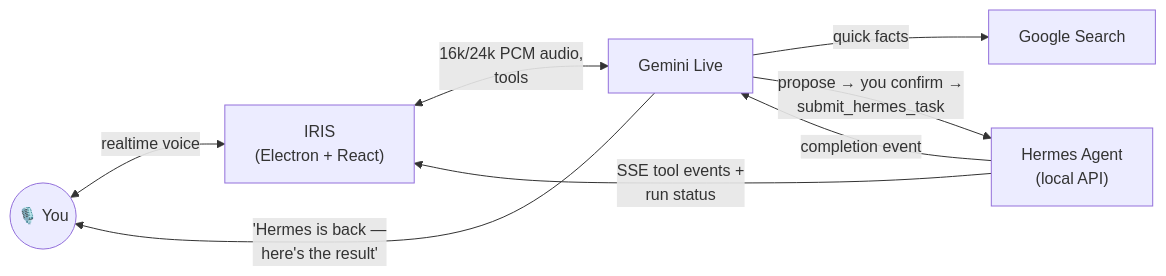
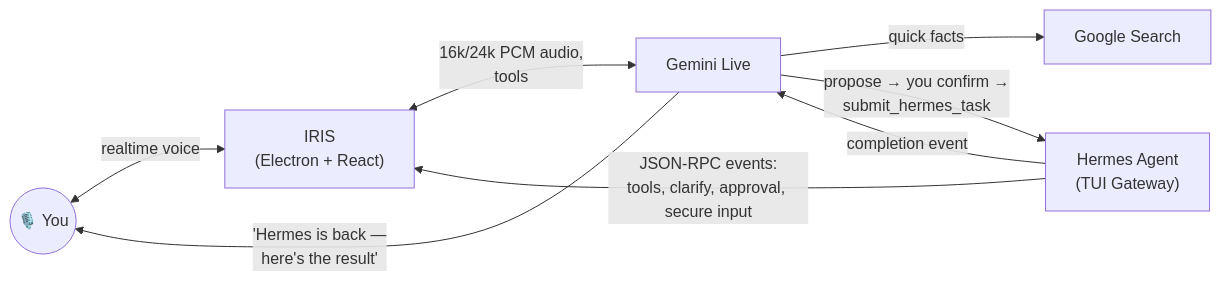
The diagram in README.md (ASHR12/iris), drawn with Mermaid before and after one commit. The commit also changed other lines of this file and 69 other files, not shown here.

Commit message:
Harden Iris orchestration and add full Hermes interaction support

````diff
--- a/README.md
+++ b/README.md
@@ -234,10 +239,10 @@
 ```mermaid
 flowchart LR
   You(("🎙️ You")) <-->|"realtime voice"| Iris["IRIS<br/>(Electron + React)"]
   Iris <-->|"16k/24k PCM audio,<br/>tools"| Gemini["Gemini Live"]
   Gemini -->|"quick facts"| Search["Google Search"]
-  Gemini -->|"propose → you confirm →<br/>submit_hermes_task"| Hermes["Hermes Agent<br/>(local API)"]
-  Hermes -->|"SSE tool events +<br/>run status"| Iris
+  Gemini -->|"propose → you confirm →<br/>submit_hermes_task"| Hermes["Hermes Agent<br/>(TUI Gateway)"]
+  Hermes -->|"JSON-RPC events:<br/>tools, clarify, approval, secure input"| Iris
   Hermes -->|"completion event"| Gemini
   Gemini -->|"'Hermes is back —<br/>here's the result'"| You
 ```
````
